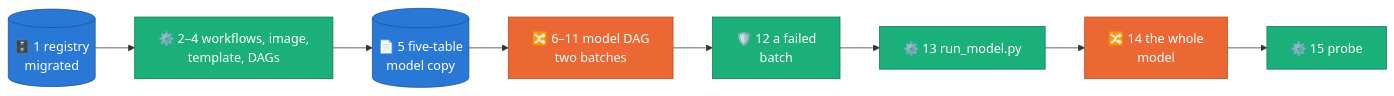
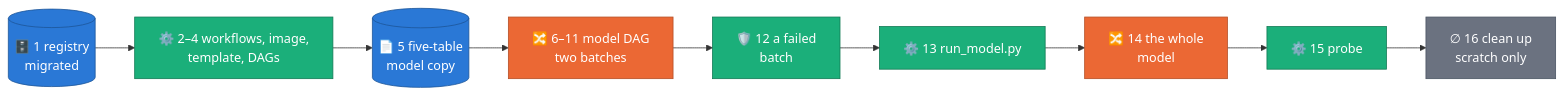
One commit to albertols/synthetic-llm-dataflow-bigquery changed the third of 7 diagrams in docs/RUN_PLAYBOOK.md. Above: the diagram before and after it, drawn with Mermaid. The commit also changed other lines of this file and 8 other files, not shown here.

````diff
--- a/docs/RUN_PLAYBOOK.md
+++ b/docs/RUN_PLAYBOOK.md
@@ -825,18 +839,19 @@
 ```mermaid
 flowchart LR
   classDef beam  fill:#eb6834,color:#fff,stroke:#b44f26
   classDef cpu   fill:#1baf7a,color:#fff,stroke:#127a55
   classDef gpu   fill:#7a3fd1,color:#fff,stroke:#5a2f9d
   classDef store fill:#2a78d6,color:#fff,stroke:#1d5599
   classDef data  fill:#6b7280,color:#fff,stroke:#4b5563
 
   M[("🗄️ 1 registry<br/>migrated")]:::store
   B["⚙️ 2–4 workflows, image,<br/>template, DAGs"]:::cpu
   S[("📄 5 five-table<br/>model copy")]:::store
   D["🔀 6–11 model DAG<br/>two batches"]:::beam
   F["🛡️ 12 a failed<br/>batch"]:::cpu
   C["⚙️ 13 run_model.py"]:::cpu
   W["🔀 14 the whole<br/>model"]:::beam
   P["⚙️ 15 probe"]:::cpu
-  M --> B --> S --> D --> F --> C --> W --> P
+  X["∅ 16 clean up<br/>scratch only"]:::data
+  M --> B --> S --> D --> F --> C --> W --> P --> X
 ```
````
